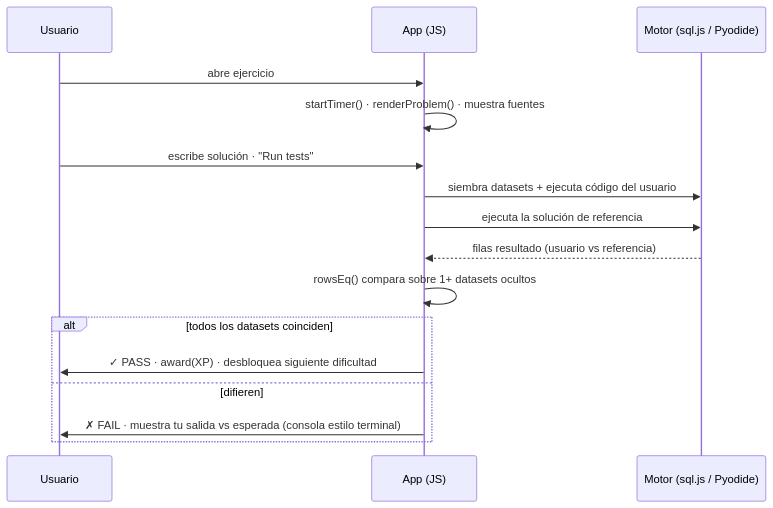
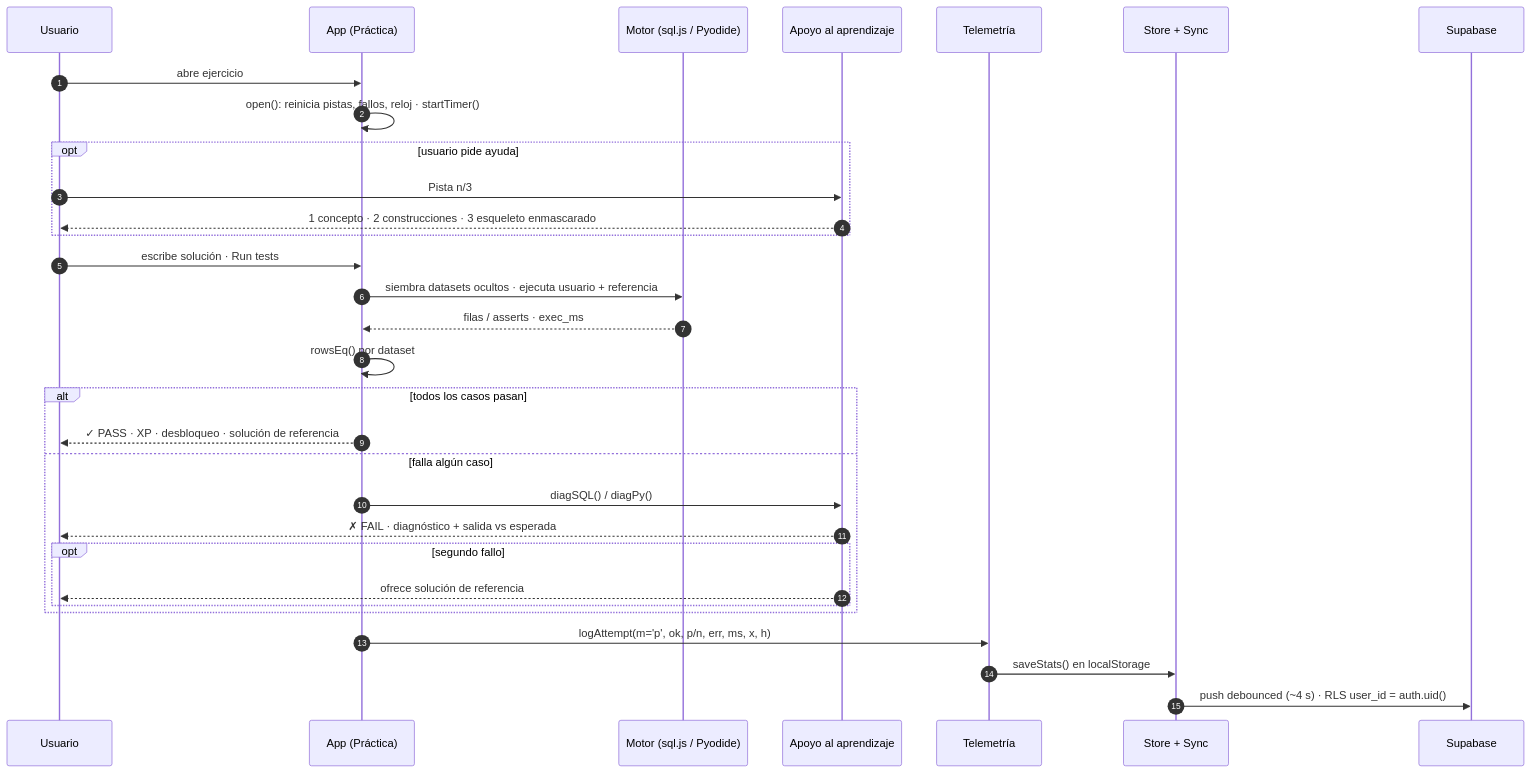
Before and after one commit to crabb-beltran/de-dojo: the fifth of 12 diagrams in docs/ARCHITECTURE.md, drawn with Mermaid. The commit also changed other lines of this file and 5 other files, not shown here.

First line of the commit message:
docs: component interaction, practice/exam sequences, telemetry pipeline and editions diagrams; refresh counts and deploy notes; validation results

````diff
--- a/docs/ARCHITECTURE.md
+++ b/docs/ARCHITECTURE.md
@@ -178,18 +260,33 @@
 ```mermaid
 sequenceDiagram
+  autonumber
   participant U as Usuario
-  participant App as App (JS)
+  participant App as App (Práctica)
   participant Eng as Motor (sql.js / Pyodide)
+  participant L as Apoyo al aprendizaje
+  participant T as Telemetría
+  participant S as Store + Sync
+  participant SB as Supabase
   U->>App: abre ejercicio
-  App->>App: startTimer() · renderProblem() · muestra fuentes
-  U->>App: escribe solución · "Run tests"
-  App->>Eng: siembra datasets + ejecuta código del usuario
-  App->>Eng: ejecuta la solución de referencia
-  Eng-->>App: filas resultado (usuario vs referencia)
-  App->>App: rowsEq() compara sobre 1+ datasets ocultos
-  alt todos los datasets coinciden
-    App->>U: ✓ PASS · award(XP) · desbloquea siguiente dificultad
-  else difieren
-    App->>U: ✗ FAIL · muestra tu salida vs esperada (consola estilo terminal)
+  App->>App: open(): reinicia pistas, fallos, reloj · startTimer()
+  opt usuario pide ayuda
+    U->>L: Pista n/3
+    L-->>U: 1 concepto · 2 construcciones · 3 esqueleto enmascarado
   end
+  U->>App: escribe solución · Run tests
+  App->>Eng: siembra datasets ocultos · ejecuta usuario + referencia
+  Eng-->>App: filas / asserts · exec_ms
+  App->>App: rowsEq() por dataset
+  alt todos los casos pasan
+    App-->>U: ✓ PASS · XP · desbloqueo · solución de referencia
+  else falla algún caso
+    App->>L: diagSQL() / diagPy()
+    L-->>U: ✗ FAIL · diagnóstico + salida vs esperada
+    opt segundo fallo
+      L-->>U: ofrece solución de referencia
+    end
+  end
+  App->>T: logAttempt(m='p', ok, p/n, err, ms, x, h)
+  T->>S: saveStats() en localStorage
+  S->>SB: push debounced (~4 s) · RLS user_id = auth.uid()
 ```
````
